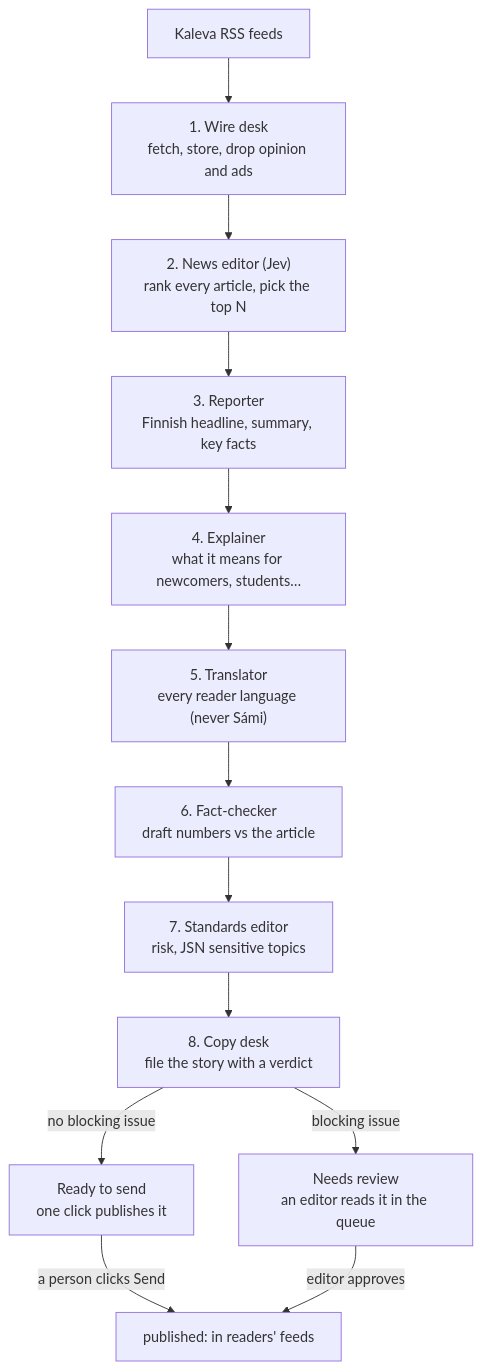
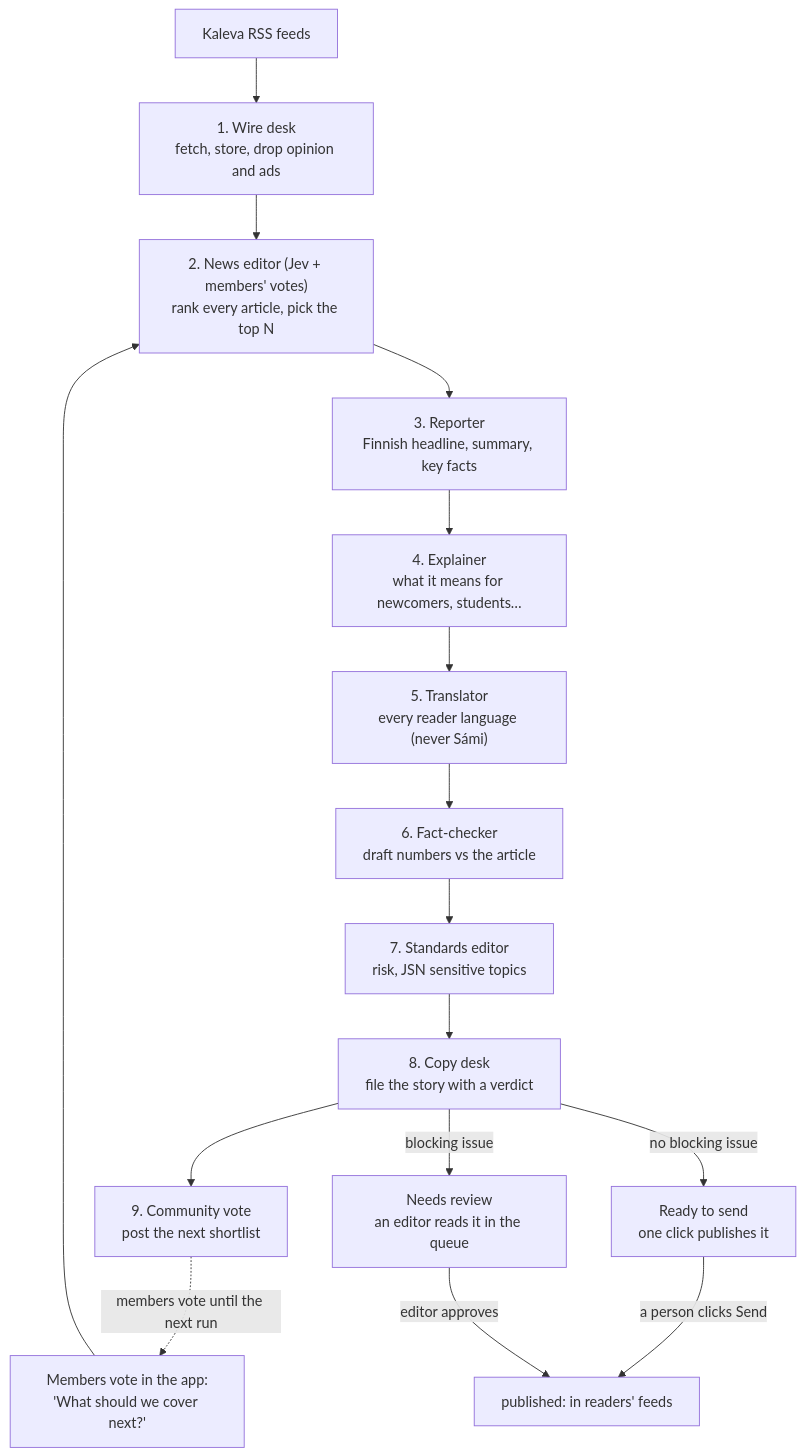
One commit to Mesbahul-Islam/junction-oulu-2026 changed the second of 3 diagrams in docs/GUIDE.md. Above: the diagram before and after it, drawn with Mermaid. The commit also changed other lines of this file and 27 other files, not shown here.

````diff
--- a/docs/GUIDE.md
+++ b/docs/GUIDE.md
@@ -173,15 +173,18 @@
 ```mermaid
 flowchart TD
     K["Kaleva RSS feeds"] --> W["1. Wire desk<br/>fetch, store, drop opinion and ads"]
-    W --> N["2. News editor (Jev)<br/>rank every article, pick the top N"]
+    V["Members vote in the app:<br/>'What should we cover next?'"] --> N
+    W --> N["2. News editor (Jev + members' votes)<br/>rank every article, pick the top N"]
     N --> R["3. Reporter<br/>Finnish headline, summary, key facts"]
     R --> E["4. Explainer<br/>what it means for newcomers, students…"]
     E --> T["5. Translator<br/>every reader language (never Sámi)"]
     T --> F["6. Fact-checker<br/>draft numbers vs the article"]
     F --> S["7. Standards editor<br/>risk, JSN sensitive topics"]
     S --> C["8. Copy desk<br/>file the story with a verdict"]
+    C --> CV["9. Community vote<br/>post the next shortlist"]
+    CV -.->|"members vote until the next run"| V
     C -->|"no blocking issue"| RD["Ready to send<br/>one click publishes it"]
     C -->|"blocking issue"| NR["Needs review<br/>an editor reads it in the queue"]
     RD -->|"a person clicks Send"| PUB["published: in readers' feeds"]
     NR -->|"editor approves"| PUB
 ```
````
